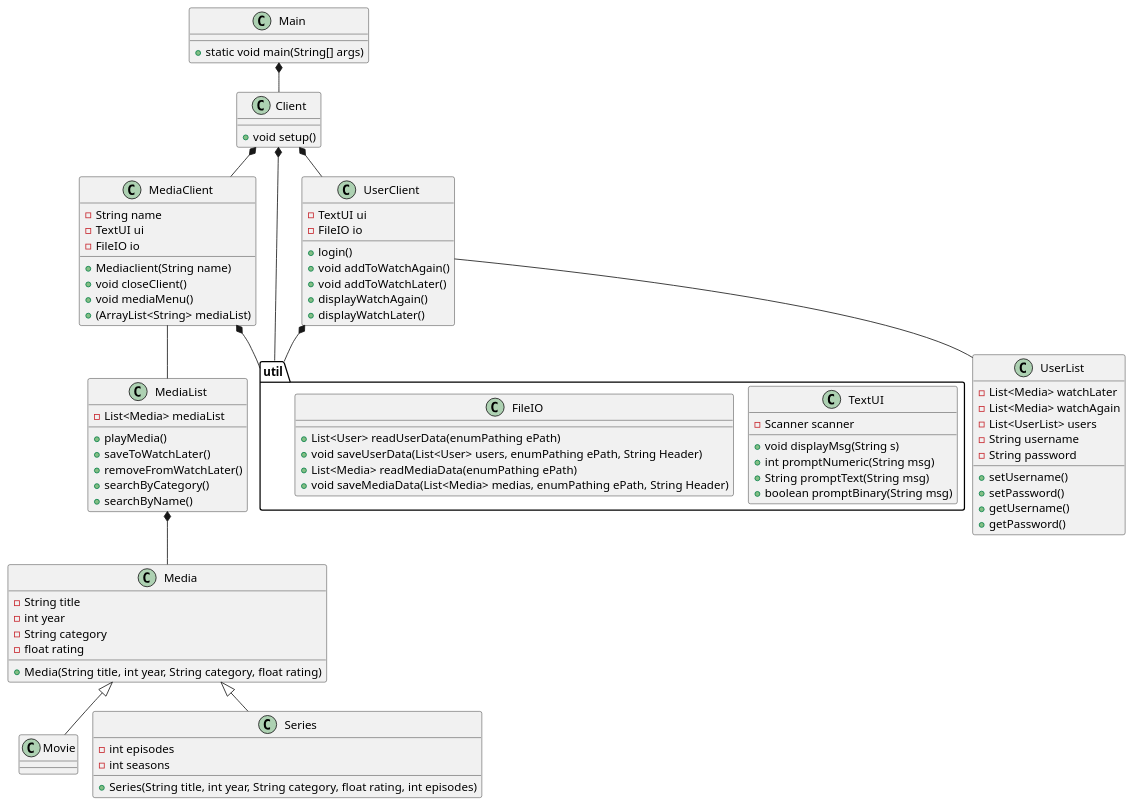
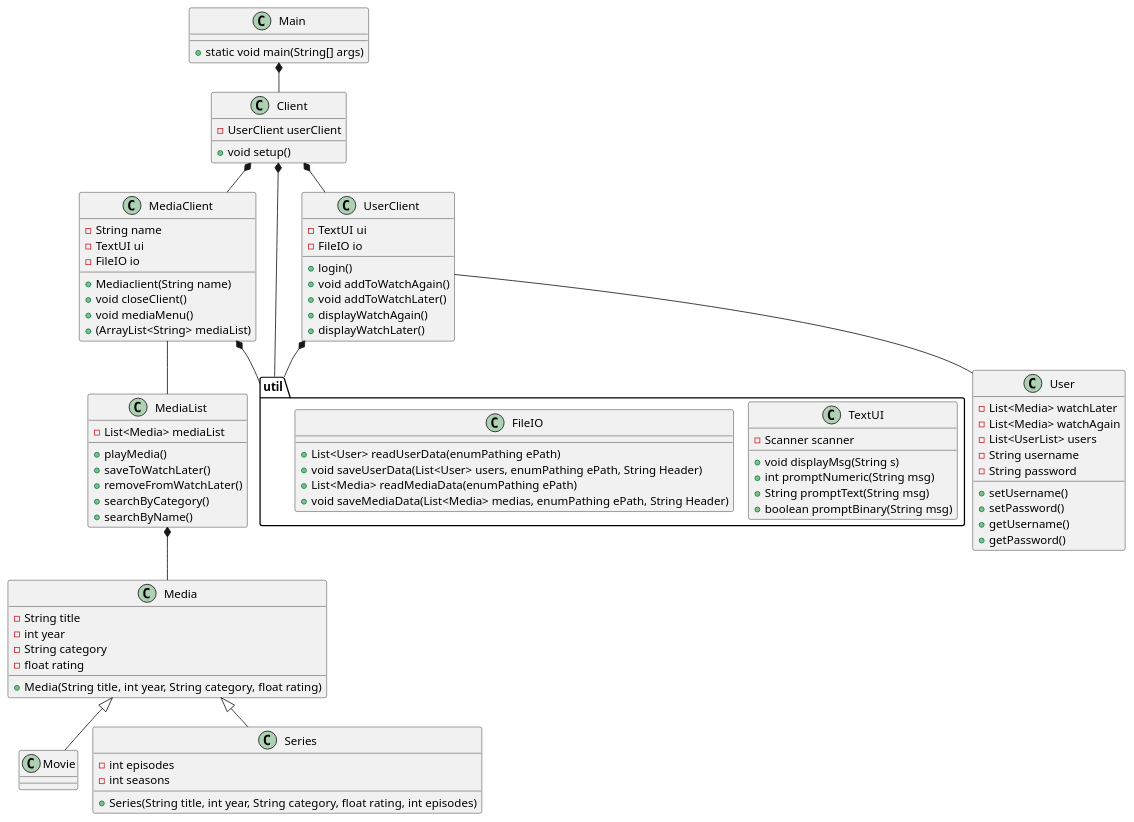
One commit to b-rino/SP3 changed the diagram in docs/classdiagram_v0.puml. Above: the diagram before and after it, drawn with PlantUML. The commit also changed 9 other files, not shown here.

```diff
--- a/docs/classdiagram_v0.puml
+++ b/docs/classdiagram_v0.puml
@@ -1,104 +1,105 @@
 @startuml
 !pragma layout smetana
 
 class Main{
 + static void main(String[] args)
 }
 
 class Client{
+-UserClient userClient
 +void setup()
 }
 
 class Media{
 - String title
 - int year
 - String category
 - float rating
 +Media(String title, int year, String category, float rating)
 
 }
 
 class MediaClient{
 -String name
 -TextUI ui
 -FileIO io
 +Mediaclient(String name)
 +void closeClient()
 +void mediaMenu()
 +(ArrayList<String> mediaList)
 
 }
 class MediaList{
 -List<Media> mediaList
 +playMedia()
 +saveToWatchLater()
 +removeFromWatchLater()
 +searchByCategory()
 +searchByName()
 }
 
-class UserList{
+class User{
 -List<Media> watchLater
 -List<Media> watchAgain
 -List<UserList> users
 -String username
 -String password
 +setUsername()
 +setPassword()
 +getUsername()
 +getPassword()
 }
 
 
 class Movie{
 }
 
 class Series{
 - int episodes
 - int seasons
 +Series(String title, int year, String category, float rating, int episodes)
 }
 
 
 class UserClient{
 -TextUI ui
 -FileIO io
 '+createUser() en del af login
 +login()
 +void addToWatchAgain()
 +void addToWatchLater()
 +displayWatchAgain()
 +displayWatchLater()
 }
 
 
 package "util" {
 class TextUI{
 - Scanner scanner
 
 +void displayMsg(String s)
 +int promptNumeric(String msg)
 +String promptText(String msg)
 +boolean promptBinary(String msg)
 }
 class FileIO{
 +List<User> readUserData(enumPathing ePath)
 +void saveUserData(List<User> users, enumPathing ePath, String Header)
 +List<Media> readMediaData(enumPathing ePath)
 +void saveMediaData(List<Media> medias, enumPathing ePath, String Header)
 }
 }
 
 MediaList *-- Media
 Media<|--Series
 Media <|-- Movie
 Client *-- MediaClient
 MediaClient *-- "util"
 MediaClient -- MediaList
 Client *-- UserClient
-UserClient -- UserList
+UserClient -- User
 UserClient *--"util"
 Main *-- Client
 Client *-- "util"
 
 @enduml
```
